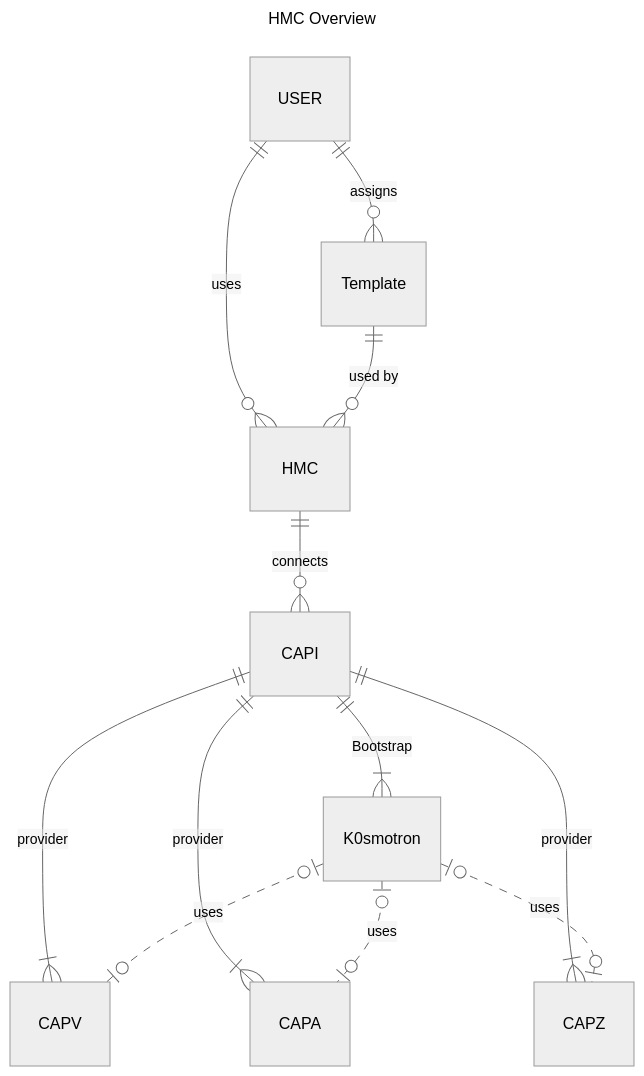
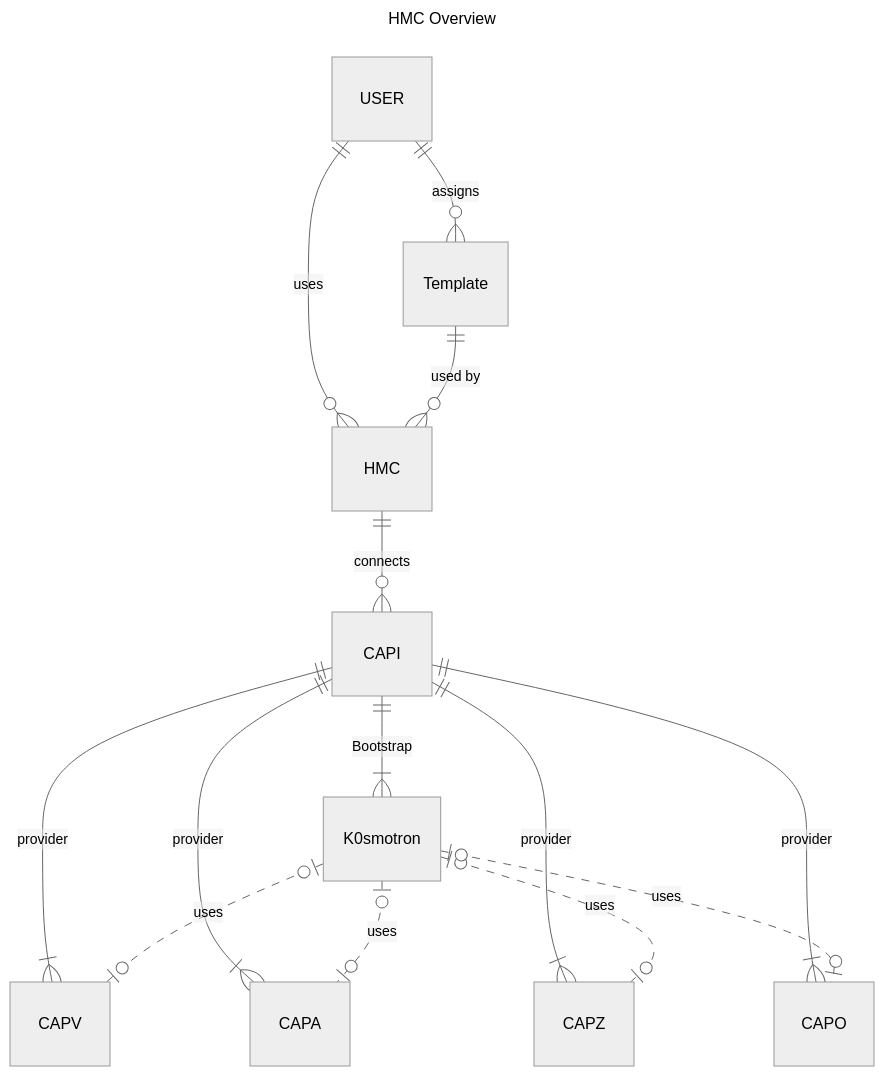
Before and after one commit to Mirantis/project-2a-docs: the diagram in docs/architecture.md, drawn with Mermaid (neutral theme). The commit also changed 3 other files, not shown here.

````diff
--- a/docs/architecture.md
+++ b/docs/architecture.md
@@ -8,17 +8,19 @@
 ```mermaid
 ---
 title: HMC Overview
 ---
 erDiagram
     USER ||--o{ HMC : uses
     USER ||--o{ Template : assigns
     Template ||--o{ HMC : "used by"
     HMC ||--o{ CAPI : connects
     CAPI ||--|{ CAPV : provider
     CAPI ||--|{ CAPA : provider
     CAPI ||--|{ CAPZ : provider
+    CAPI ||--|{ CAPO : provider
     CAPI ||--|{ K0smotron : Bootstrap
     K0smotron |o..o| CAPV : uses
     K0smotron |o..o| CAPA : uses
     K0smotron |o..o| CAPZ : uses
+    K0smotron |o..o| CAPO : uses
 ```
````
